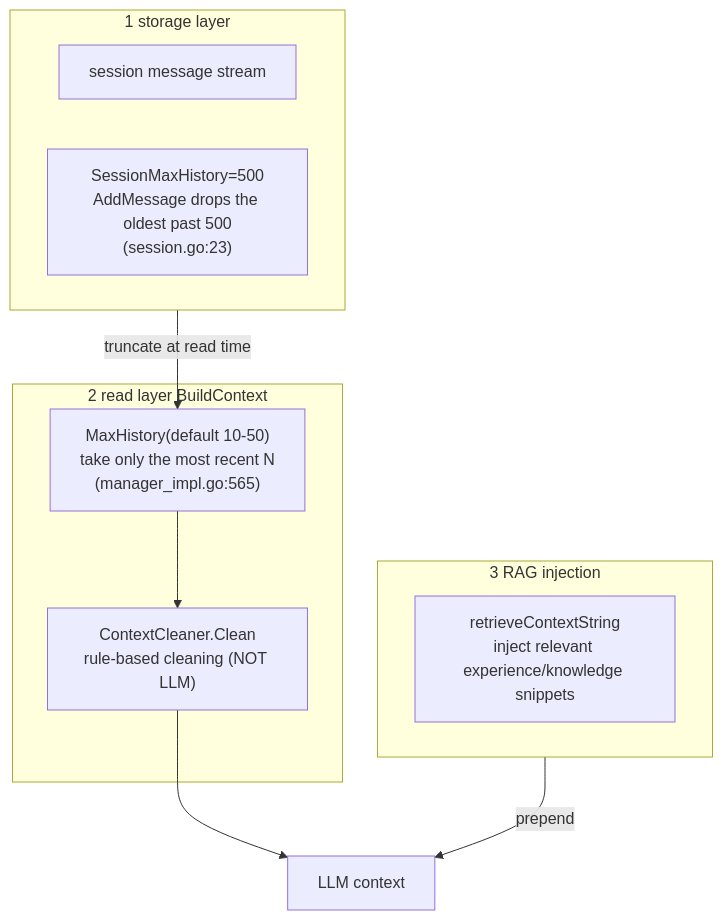
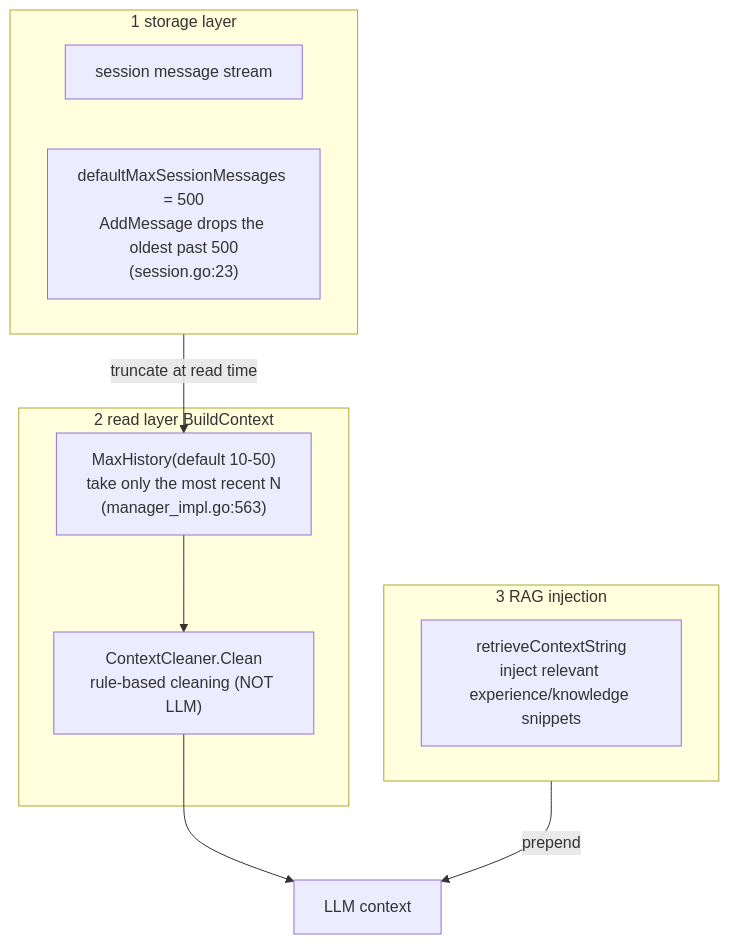
One commit to Timwood0x10/ARES changed diagram 26 of 26 in docs/system-internals.en.md. Above: the diagram before and after it, drawn with Mermaid. The commit also changed other lines of this file and 449 other files, not shown here.

````diff
--- a/docs/system-internals.en.md
+++ b/docs/system-internals.en.md
@@ -1579,18 +2335,18 @@
 ```mermaid
 flowchart TB
     subgraph store[1 storage layer]
         m[session message stream]
-        c["SessionMaxHistory=500<br/>AddMessage drops the oldest past 500<br/>(session.go:23)"]
+        c["defaultMaxSessionMessages = 500<br/>AddMessage drops the oldest past 500<br/>(session.go:23)"]
     end
     subgraph read[2 read layer BuildContext]
-        w["MaxHistory(default 10-50)<br/>take only the most recent N<br/>(manager_impl.go:565)"]
+        w["MaxHistory(default 10-50)<br/>take only the most recent N<br/>(manager_impl.go:563)"]
         cl["ContextCleaner.Clean<br/>rule-based cleaning (NOT LLM)"]
     end
     subgraph rag[3 RAG injection]
         r["retrieveContextString<br/>inject relevant experience/knowledge snippets"]
     end
     store -->|truncate at read time| w
     w --> cl
     cl --> out[LLM context]
     rag -->|prepend| out
 ```
````
